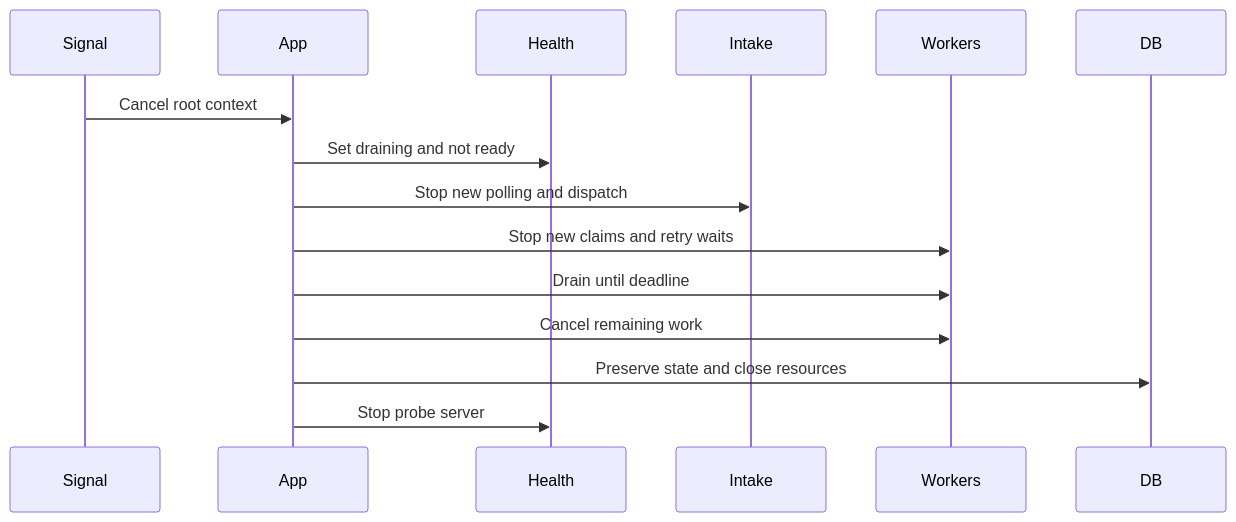
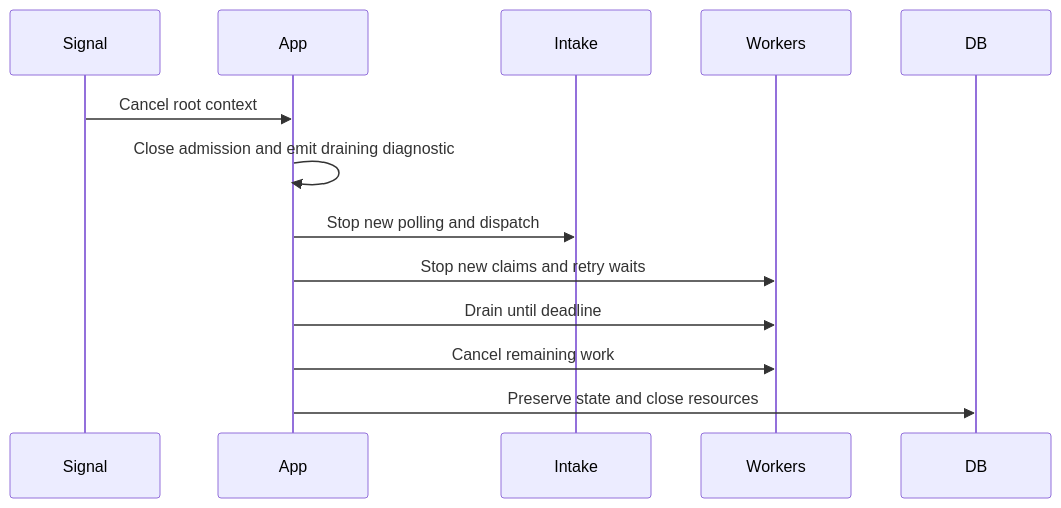
Before and after one commit to alexthvest/replipg: the fifth of 7 diagrams in .kiro/specs/telegram-runtime/design.md, drawn with Mermaid. The commit also changed other lines of this file and 38 other files, not shown here.

````diff
--- a/.kiro/specs/telegram-runtime/design.md
+++ b/.kiro/specs/telegram-runtime/design.md
@@ -288,18 +279,16 @@
 ```mermaid
 sequenceDiagram
     participant Signal
     participant App
-    participant Health
     participant Intake
     participant Workers
     participant DB
 
     Signal->>App: Cancel root context
-    App->>Health: Set draining and not ready
+    App->>App: Close admission and emit draining diagnostic
     App->>Intake: Stop new polling and dispatch
     App->>Workers: Stop new claims and retry waits
     App->>Workers: Drain until deadline
     App->>Workers: Cancel remaining work
     App->>DB: Preserve state and close resources
-    App->>Health: Stop probe server
 ```
````
